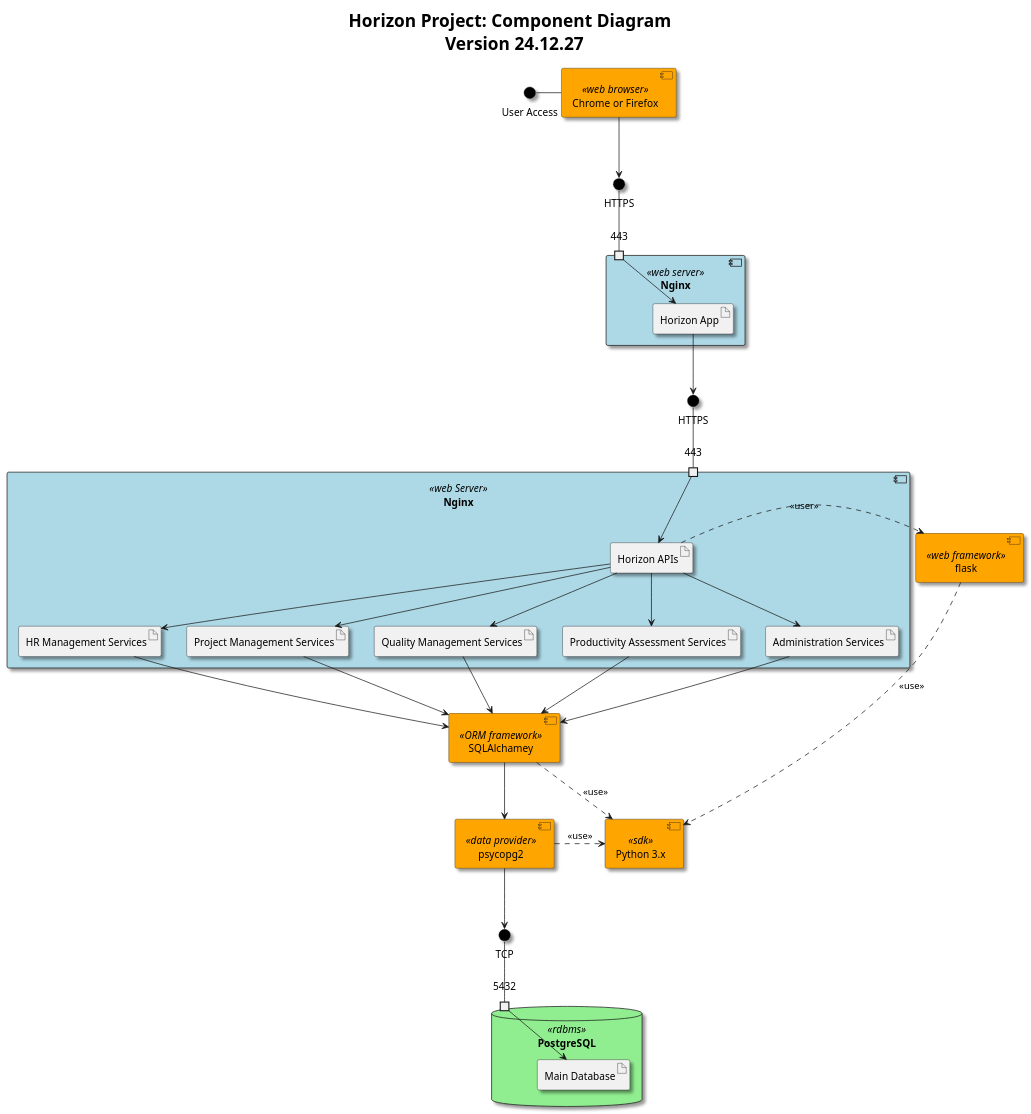
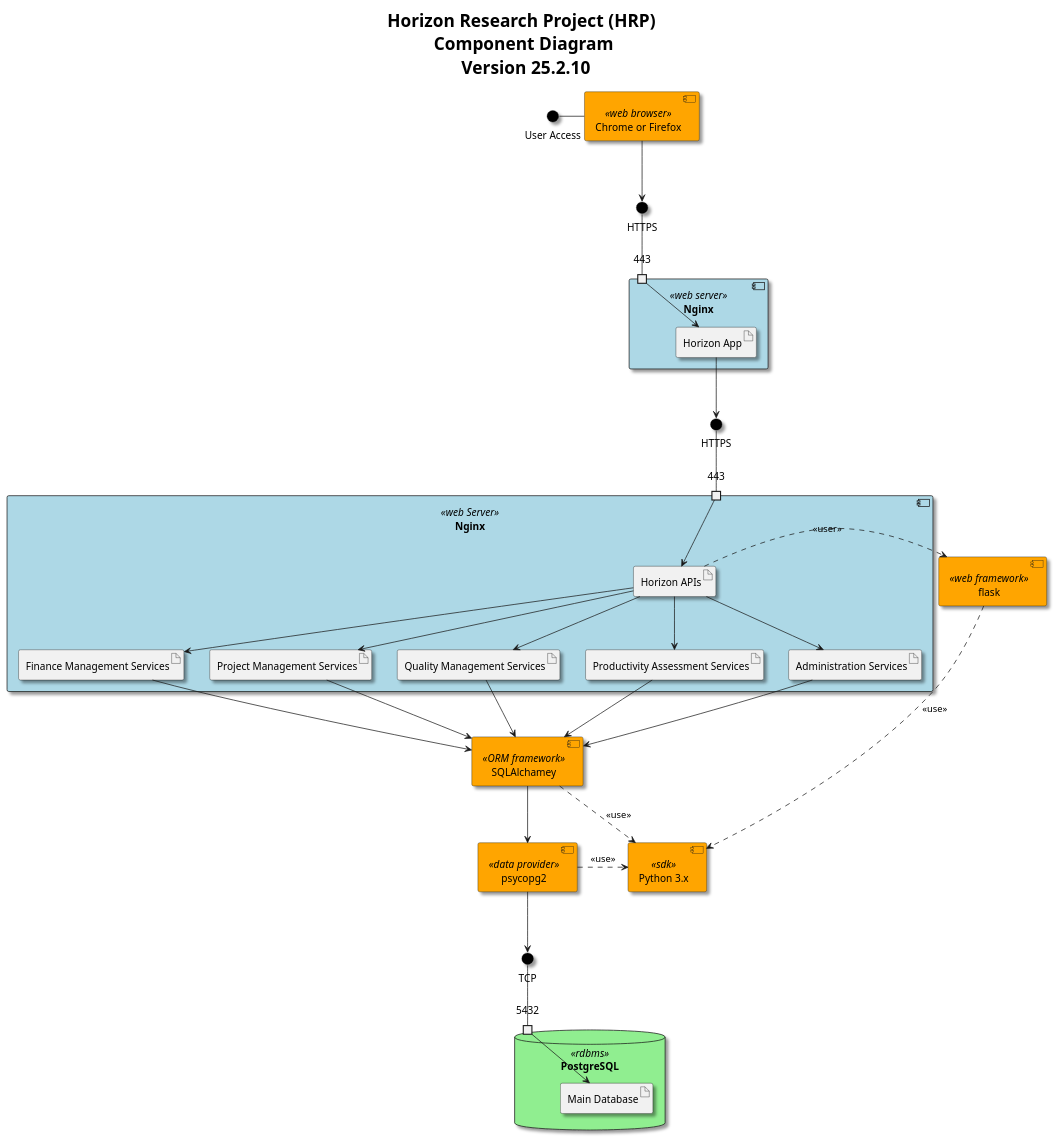
One commit to mahyaresteki/Horizon changed the diagram in HorizonModeling/HorizonUml/Component/CompanentDiagram.puml. Above: the diagram before and after it, drawn with PlantUML. The commit also changed 33 other files, not shown here.

```diff
--- a/HorizonModeling/HorizonUml/Component/CompanentDiagram.puml
+++ b/HorizonModeling/HorizonUml/Component/CompanentDiagram.puml
@@ -1,96 +1,97 @@
 @startuml
 
 skinparam Shadowing True
 skinparam titleFontSize 24pt
 
 skinparam interface{
   BackgroundColor #Black
 }
 
 skinparam component{
   BackgroundColor #Orange
 }
 
 skinparam file{
   BackgroundColor #lightsalmon
 }
 
 skinparam package{
   BackgroundColor #lightblue
 }
 
 skinparam node{
   BackgroundColor #Yellow
 }
 
 skinparam database{
   BackgroundColor #Lightgreen
 }
 
-title Horizon Project: Component Diagram \n Version 24.12.27
+title Horizon Research Project (HRP) \n Component Diagram \n Version 25.2.10
 
 
 
 
 component "Chrome or Firefox" as browser <<web browser>>
 component "Nginx" as webServer1 <<web server>>{
   portin "443" as ws1443
   artifact "Horizon App" as horizonApp
 }
 component "Nginx" as webServer <<web Server>>{
   portin "443" as ws443
   artifact "Horizon APIs" as horizonApis
   artifact "Administration Services" as adminServices
   artifact "HR Management Services" as hrServices
   artifact "Project Management Services" as proServices
+  artifact "Finance Management Services" as hrServices
   artifact "Quality Management Services" as qcServices
   artifact "Productivity Assessment Services" as paServices
 }
 
 database "PostgreSQL" as rdbms <<rdbms>>{
   portin "5432" as pogresql5432
   artifact "Main Database" as mainDb
 }
 
 component "Python 3.x" as python3<<sdk>>
 component "flask" as flask <<web framework>>
 component "SQLAlchamey" as sqlalchamey <<ORM framework>>
 component "psycopg2" as psycopg2 <<data provider>>
 () "User Access" as userAccess
 () "HTTPS" as https1
 () "HTTPS" as https2
 () "TCP" as tcp
 
 userAccess - browser
 https1 -- ws1443
 ws1443 --> horizonApp
 browser --> https1
 https2 -- ws443
 horizonApp -->  https2
 horizonApis .> flask : <<user>>
 ws443 --> horizonApis 
 horizonApis --> adminServices
 horizonApis --> hrServices
 horizonApis --> proServices
 horizonApis --> qcServices
 horizonApis --> paServices 
 
 
 adminServices --> sqlalchamey
 hrServices --> sqlalchamey
 proServices --> sqlalchamey
 qcServices --> sqlalchamey
 paServices --> sqlalchamey
 
 flask .> python3 : <<use>>
 sqlalchamey .> python3 : <<use>>
 psycopg2 .> python3 : <<use>>
 
 
 sqlalchamey --> psycopg2
 
 psycopg2 --> tcp
 
 tcp -- pogresql5432
 pogresql5432 --> mainDb
 @enduml
```
